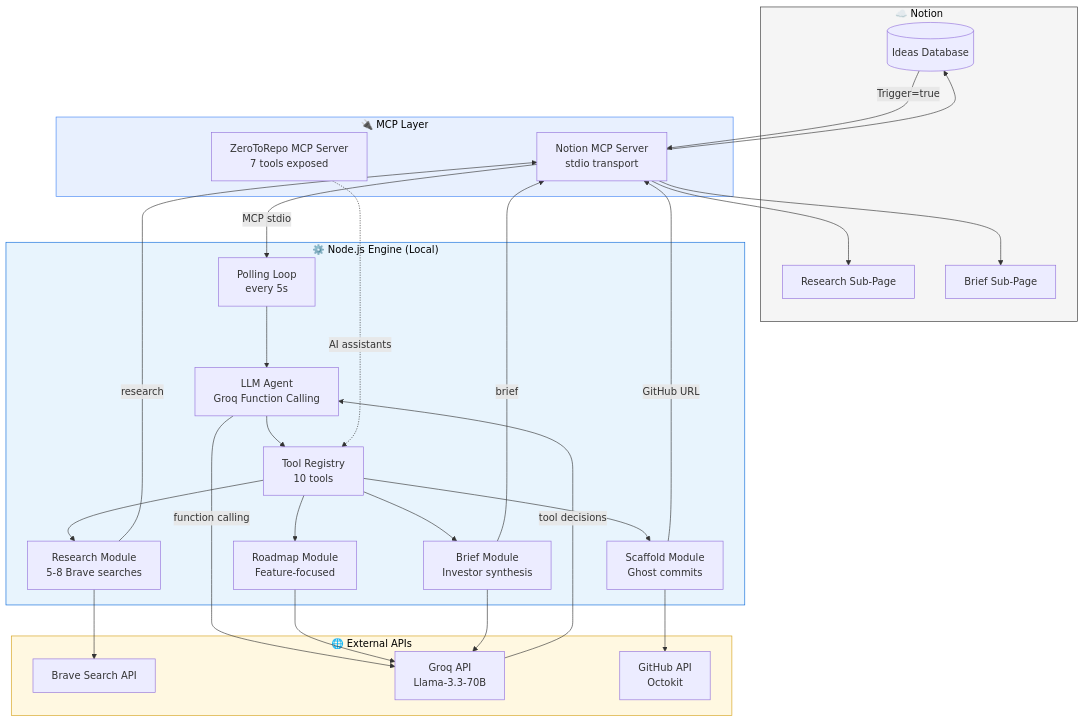
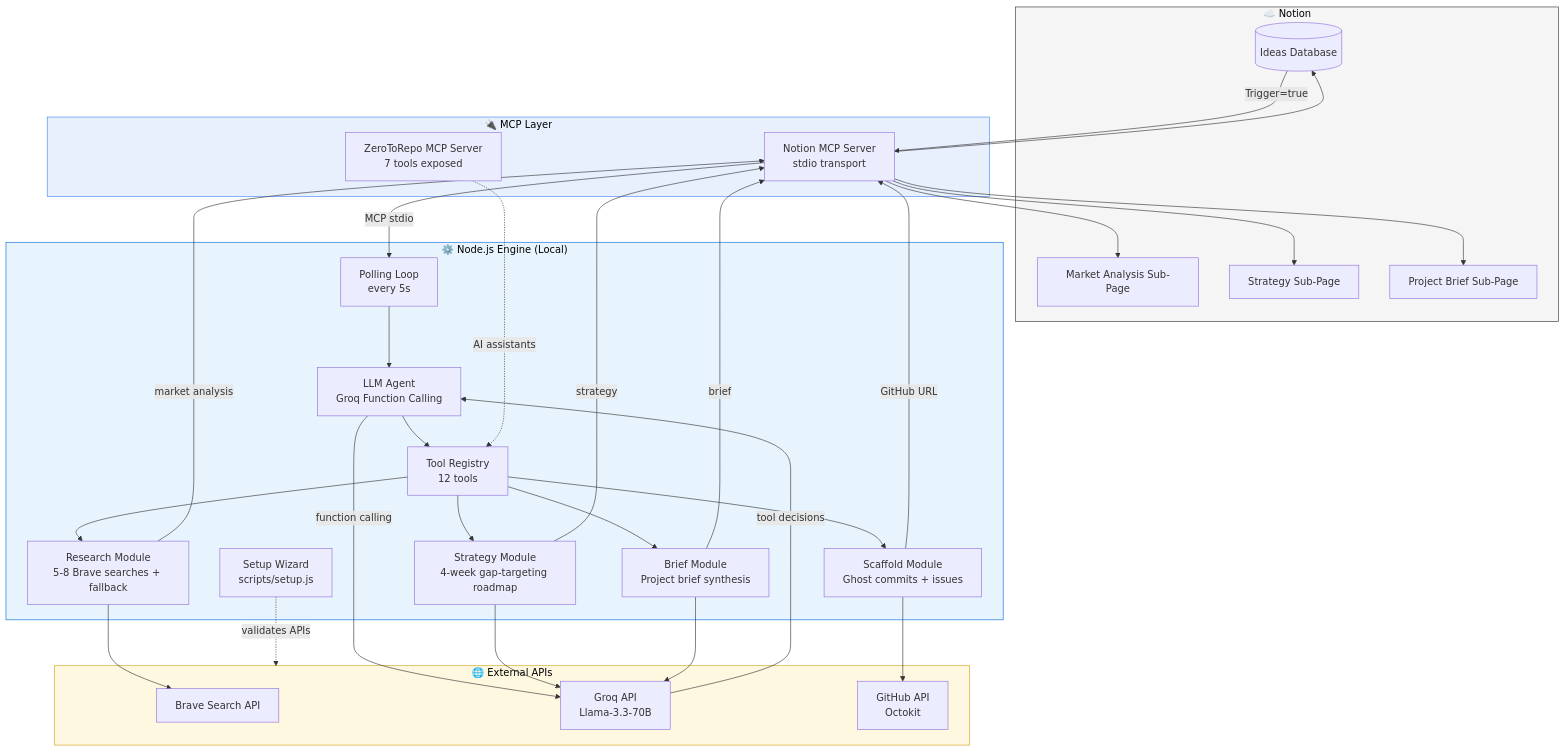
One commit to Abeera81/zerotorepo changed the first of 6 diagrams in TechDesign-ZeroToRepo-MVP.md. Above: the diagram before and after it, drawn with Mermaid. The commit also changed other lines of this file, not shown here.

````diff
--- a/TechDesign-ZeroToRepo-MVP.md
+++ b/TechDesign-ZeroToRepo-MVP.md
@@ -26,50 +26,54 @@
 ```mermaid
 flowchart TB
     subgraph Notion["☁️ Notion"]
         DB[(Ideas Database)]
-        RP[Research Sub-Page]
-        BP[Brief Sub-Page]
+        MA[Market Analysis Sub-Page]
+        SP[Strategy Sub-Page]
+        BP[Project Brief Sub-Page]
     end
 
     subgraph MCP["🔌 MCP Layer"]
         NM[Notion MCP Server<br/>stdio transport]
         ZM[ZeroToRepo MCP Server<br/>7 tools exposed]
     end
 
     subgraph Engine["⚙️ Node.js Engine (Local)"]
+        SW[Setup Wizard<br/>scripts/setup.js]
         PL[Polling Loop<br/>every 5s]
         AG[LLM Agent<br/>Groq Function Calling]
-        TR[Tool Registry<br/>10 tools]
-        P1[Research Module<br/>5-8 Brave searches]
-        P2[Scaffold Module<br/>Ghost commits]
-        P3[Roadmap Module<br/>Feature-focused]
-        P4[Brief Module<br/>Investor synthesis]
+        TR[Tool Registry<br/>12 tools]
+        P1[Research Module<br/>5-8 Brave searches + fallback]
+        P2[Strategy Module<br/>4-week gap-targeting roadmap]
+        P3[Scaffold Module<br/>Ghost commits + issues]
+        P4[Brief Module<br/>Project brief synthesis]
     end
 
     subgraph External["🌐 External APIs"]
         Brave[Brave Search API]
         Groq[Groq API<br/>Llama-3.3-70B]
         GH[GitHub API<br/>Octokit]
     end
 
     DB -- "Trigger=true" --> NM
     NM -- "MCP stdio" --> PL
     PL --> AG
     AG -- "function calling" --> Groq
     Groq -- "tool decisions" --> AG
     AG --> TR
     TR --> P1 --> Brave
-    TR --> P2 --> GH
-    TR --> P3 --> Groq
+    TR --> P3 --> GH
+    TR --> P2 --> Groq
     TR --> P4 --> Groq
-    P1 -- "research" --> NM --> RP
+    P1 -- "market analysis" --> NM --> MA
+    P2 -- "strategy" --> NM --> SP
     P4 -- "brief" --> NM --> BP
-    P2 -- "GitHub URL" --> NM --> DB
+    P3 -- "GitHub URL" --> NM --> DB
 
     ZM -. "AI assistants" .-> TR
+    SW -. "validates APIs" .-> External
 
     style Notion fill:#f5f5f5,stroke:#333,color:#000
     style MCP fill:#e8f0fe,stroke:#4285f4,color:#000
     style Engine fill:#e8f4fd,stroke:#0969da,color:#000
     style External fill:#fff8e1,stroke:#d4a017,color:#000
 ```
````
